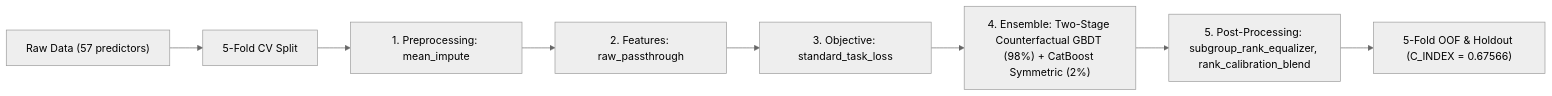
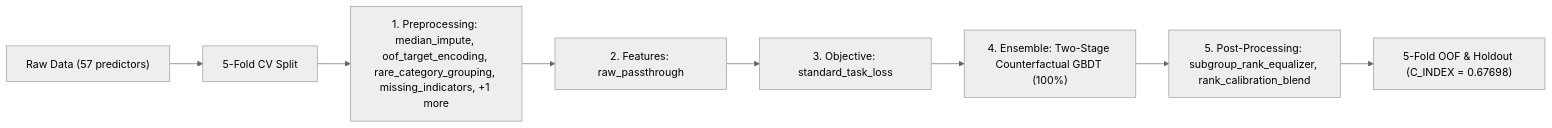
One commit to stefanoclss/CIBMTR-Equity-in-Post-HCT-Survival-Predictions changed the diagram in README.md. Above: the diagram before and after it, drawn with Mermaid (neutral theme). The commit also changed other lines of this file, not shown here.

First line of the commit message:
docs(readme): refresh verified OOF benchmark & build ledger (C_INDEX=0.67698)

````diff
--- a/README.md
+++ b/README.md
@@ -139,10 +140,10 @@
 ```mermaid
 flowchart LR
     DATA["Raw Data (57 predictors)"] --> SPLIT["5-Fold CV Split"]
-    SPLIT --> PRE["1. Preprocessing: mean_impute"]
+    SPLIT --> PRE["1. Preprocessing: median_impute, oof_target_encoding, rare_category_grouping, missing_indicators, +1 more"]
     PRE --> FEAT["2. Features: raw_passthrough"]
     FEAT --> OBJ["3. Objective: standard_task_loss"]
-    OBJ --> M0["4. Ensemble: Two-Stage Counterfactual GBDT (98%) + CatBoost Symmetric (2%)"]
+    OBJ --> M0["4. Ensemble: Two-Stage Counterfactual GBDT (100%)"]
     M0 --> POST["5. Post-Processing: subgroup_rank_equalizer, rank_calibration_blend"]
-    POST --> OUT["5-Fold OOF & Holdout (C_INDEX = 0.67566)"]
+    POST --> OUT["5-Fold OOF & Holdout (C_INDEX = 0.67698)"]
 ```
````
